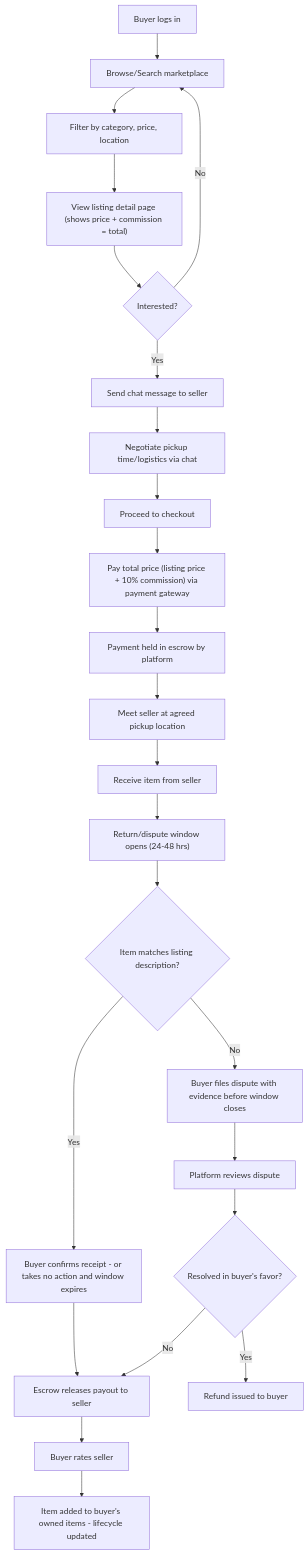
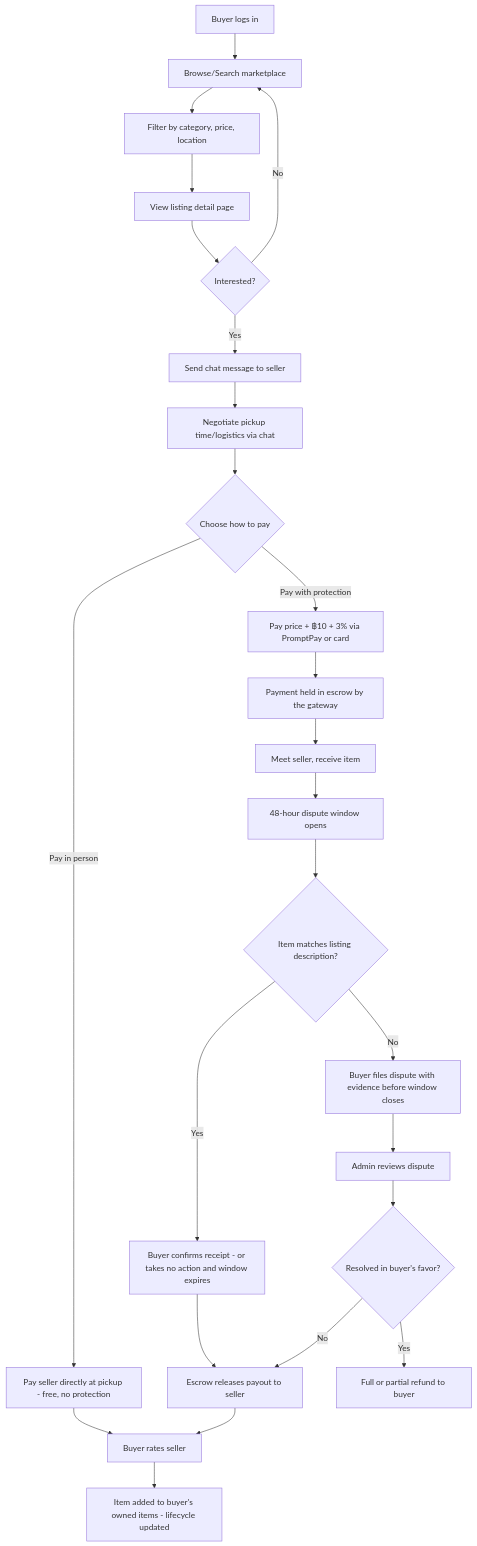
One commit to pcismyname/ait_marketplace changed the second of 4 diagrams in Mapping&UF.md. Above: the diagram before and after it, drawn with Mermaid. The commit also changed other lines of this file and 1 other file, not shown here.

````diff
--- a/Mapping&UF.md
+++ b/Mapping&UF.md
@@ -203,26 +213,27 @@
 ```mermaid
 flowchart TD
     A[Buyer logs in] --> B[Browse/Search marketplace]
     B --> C[Filter by category, price, location]
-    C --> D["View listing detail page (shows price + commission = total)"]
+    C --> D[View listing detail page]
     D --> E{Interested?}
     E -- No --> B
     E -- Yes --> F[Send chat message to seller]
     F --> G[Negotiate pickup time/logistics via chat]
-    G --> H[Proceed to checkout]
-    H --> I["Pay total price (listing price + 10% commission) via payment gateway"]
-    I --> J[Payment held in escrow by platform]
-    J --> K[Meet seller at agreed pickup location]
-    K --> L[Receive item from seller]
-    L --> M["Return/dispute window opens (24-48 hrs)"]
+    G --> H{Choose how to pay}
+    H -- Pay in person --> I[Pay seller directly at pickup - free, no protection]
+    I --> Q
+    H -- Pay with protection --> J["Pay price + ฿10 + 3% via PromptPay or card"]
+    J --> K[Payment held in escrow by the gateway]
+    K --> L[Meet seller, receive item]
+    L --> M["48-hour dispute window opens"]
     M --> N{Item matches listing description?}
     N -- Yes --> O[Buyer confirms receipt - or takes no action and window expires]
     O --> P[Escrow releases payout to seller]
     P --> Q[Buyer rates seller]
     Q --> R[Item added to buyer's owned items - lifecycle updated]
     N -- No --> S[Buyer files dispute with evidence before window closes]
-    S --> T[Platform reviews dispute]
+    S --> T[Admin reviews dispute]
     T --> U{Resolved in buyer's favor?}
-    U -- Yes --> V[Refund issued to buyer]
+    U -- Yes --> V[Full or partial refund to buyer]
     U -- No --> P
 ```
````
